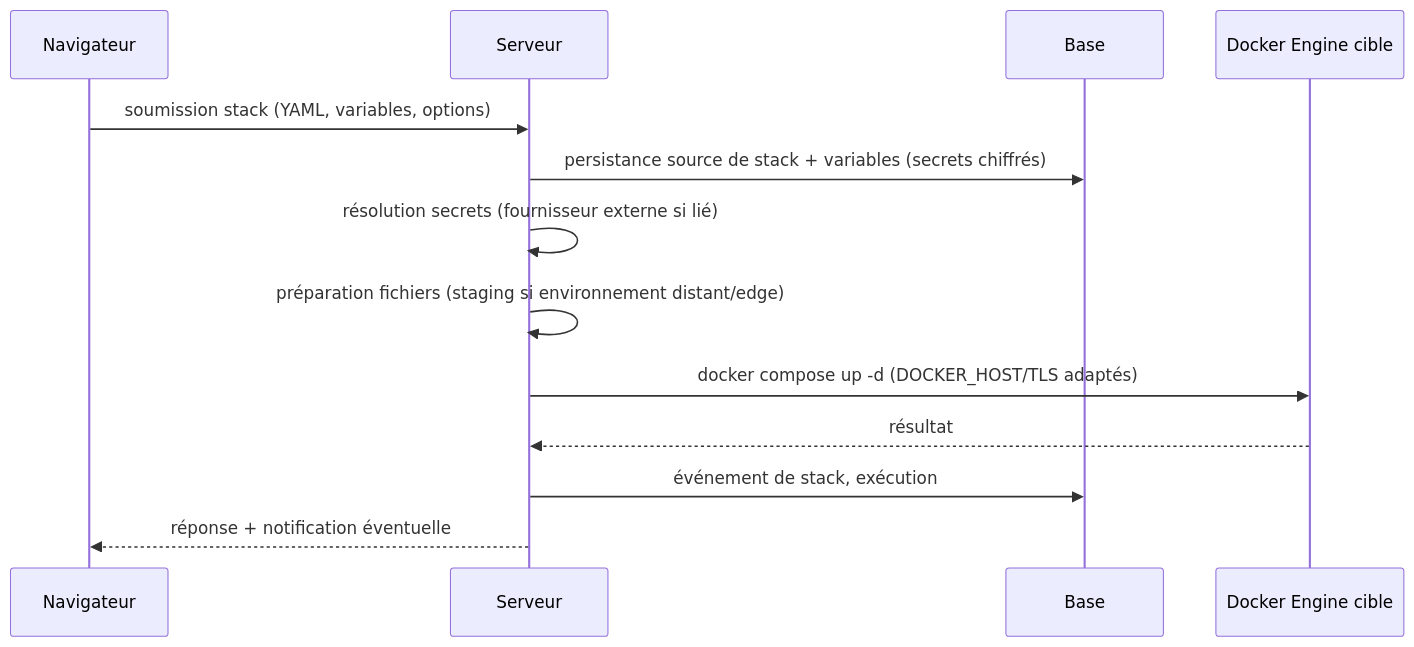
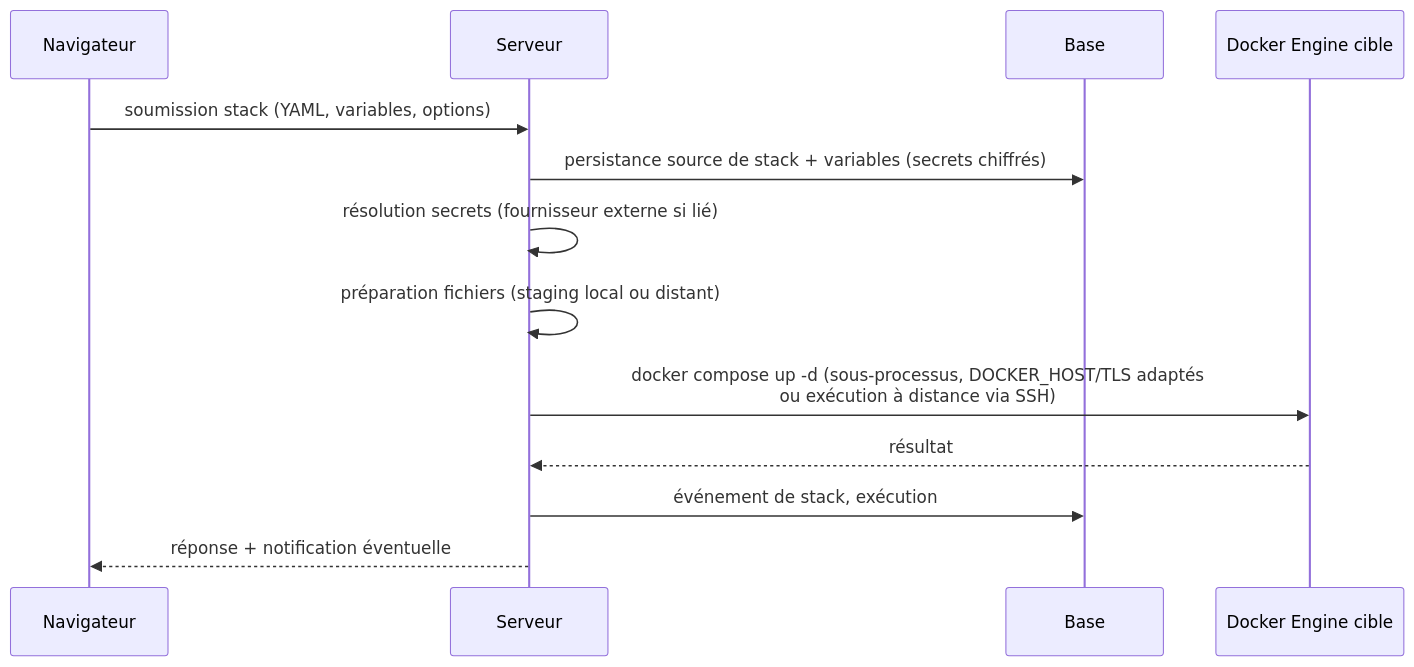
One commit to stefapi/windflow changed the fourth of 8 diagrams in docs/spec_dockhand_reference/02-architecture-fonctionnelle.md. Above: the diagram before and after it, drawn with Mermaid. The commit also changed other lines of this file and 15 other files, not shown here.

````diff
--- a/docs/spec_dockhand_reference/02-architecture-fonctionnelle.md
+++ b/docs/spec_dockhand_reference/02-architecture-fonctionnelle.md
@@ -268,16 +257,16 @@
 ```mermaid
 sequenceDiagram
     participant N as Navigateur
     participant S as Serveur
     participant B as Base
     participant D as Docker Engine cible
 
     N->>S: soumission stack (YAML, variables, options)
     S->>B: persistance source de stack + variables (secrets chiffrés)
     S->>S: résolution secrets (fournisseur externe si lié)
-    S->>S: préparation fichiers (staging si environnement distant/edge)
-    S->>D: docker compose up -d (DOCKER_HOST/TLS adaptés)
+    S->>S: préparation fichiers (staging local ou distant)
+    S->>D: docker compose up -d (sous-processus, DOCKER_HOST/TLS adaptés<br/>ou exécution à distance via SSH)
     D-->>S: résultat
     S->>B: événement de stack, exécution
     S-->>N: réponse + notification éventuelle
 ```
````
